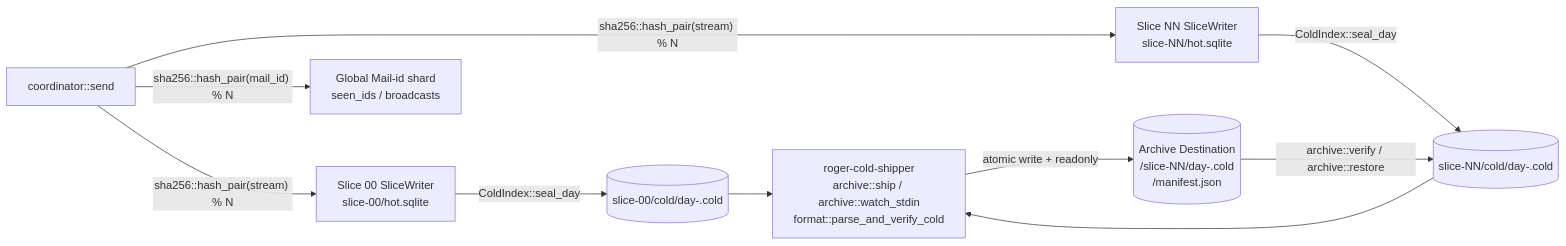
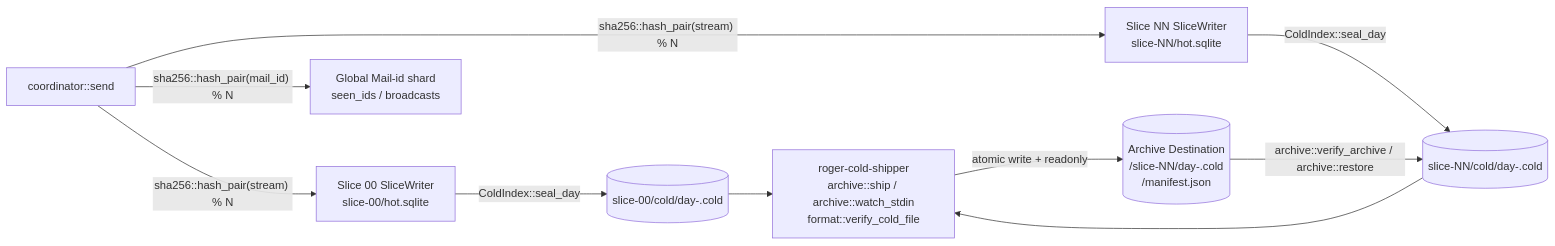
Before and after one commit to JangMan-J/roger-wilco: the fifth of 5 diagrams in docs/STORAGE.md, drawn with Mermaid. The commit also changed other lines of this file, not shown here.

Commit message:
docs(storage): match exact verify_cold_file and verify_archive symbol names

````diff
--- a/docs/STORAGE.md
+++ b/docs/STORAGE.md
@@ -144,14 +144,14 @@
 ```mermaid
 flowchart LR
     SEND["coordinator::send"] -- "sha256::hash_pair(stream) % N" --> SW0["Slice 00 SliceWriter\nslice-00/hot.sqlite"]
     SEND -- "sha256::hash_pair(stream) % N" --> SWK["Slice NN SliceWriter\nslice-NN/hot.sqlite"]
     SEND -- "sha256::hash_pair(mail_id) % N" --> IDS["Global Mail-id shard\nseen_ids / broadcasts"]
 
     SW0 -- "ColdIndex::seal_day" --> C0[("slice-00/cold/day-<d>.cold")]
     SWK -- "ColdIndex::seal_day" --> CK[("slice-NN/cold/day-<d>.cold")]
 
-    C0 --> SHIP["roger-cold-shipper\narchive::ship / archive::watch_stdin\nformat::parse_and_verify_cold"]
+    C0 --> SHIP["roger-cold-shipper\narchive::ship / archive::watch_stdin\nformat::verify_cold_file"]
     CK --> SHIP
     SHIP -- "atomic write + readonly" --> ARCH[("Archive Destination\n<dest>/slice-NN/day-<d>.cold\n<dest>/manifest.json")]
-    ARCH -- "archive::verify / archive::restore" --> CK
+    ARCH -- "archive::verify_archive / archive::restore" --> CK
 ```
````
